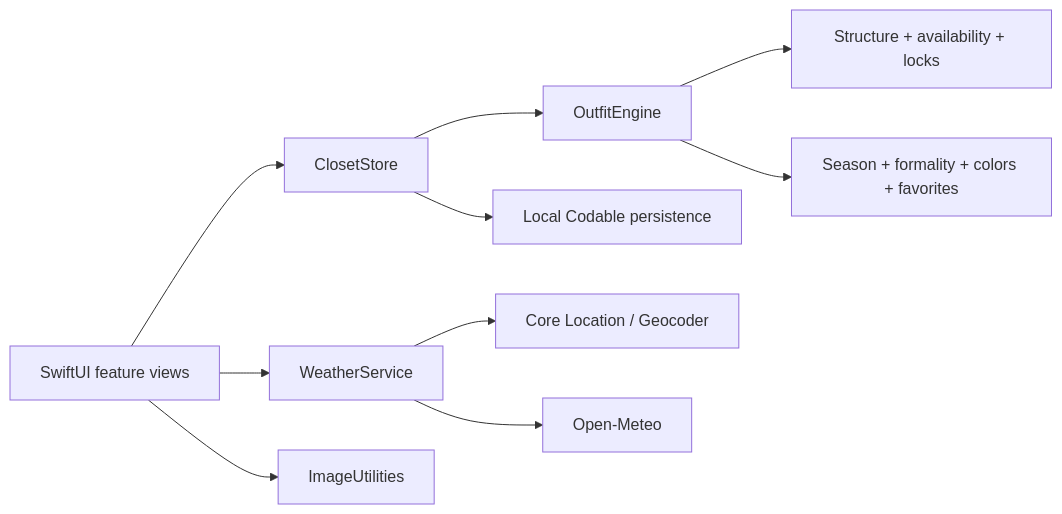
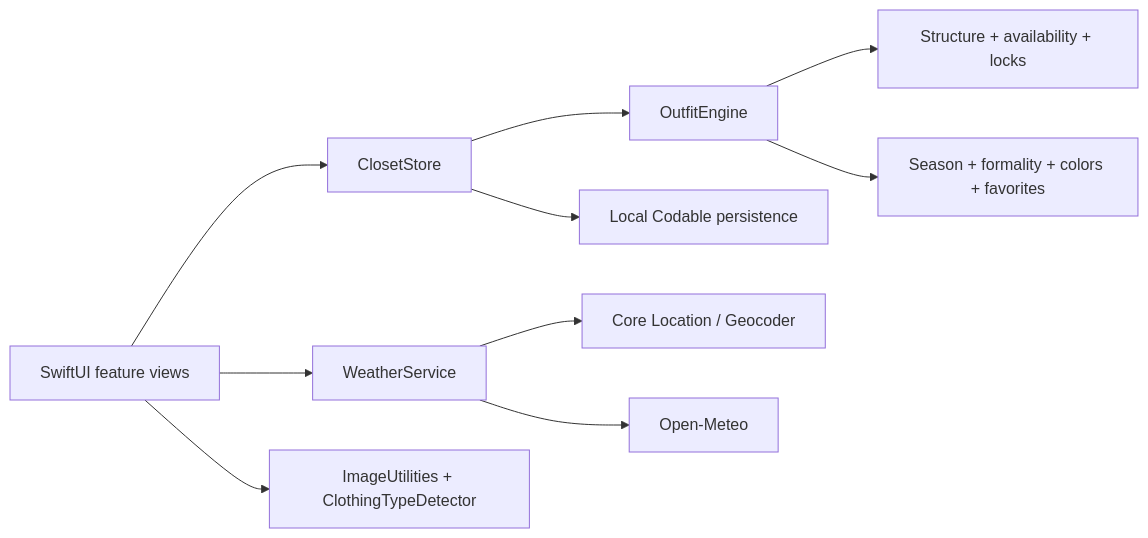
Before and after one commit to mkodithuwakku/myCloset: the diagram in README.md, drawn with Mermaid. The commit also changed other lines of this file and 16 other files, not shown here.

````diff
--- a/README.md
+++ b/README.md
@@ -89,12 +101,12 @@
 ```mermaid
 flowchart LR
     UI["SwiftUI feature views"] --> Store["ClosetStore"]
     UI --> Weather["WeatherService"]
     Store --> Engine["OutfitEngine"]
     Store --> Disk["Local Codable persistence"]
-    UI --> Images["ImageUtilities"]
+    UI --> Images["ImageUtilities + ClothingTypeDetector"]
     Weather --> Location["Core Location / Geocoder"]
     Weather --> Forecast["Open-Meteo"]
     Engine --> Rules["Structure + availability + locks"]
     Engine --> Score["Season + formality + colors + favorites"]
 ```
````
